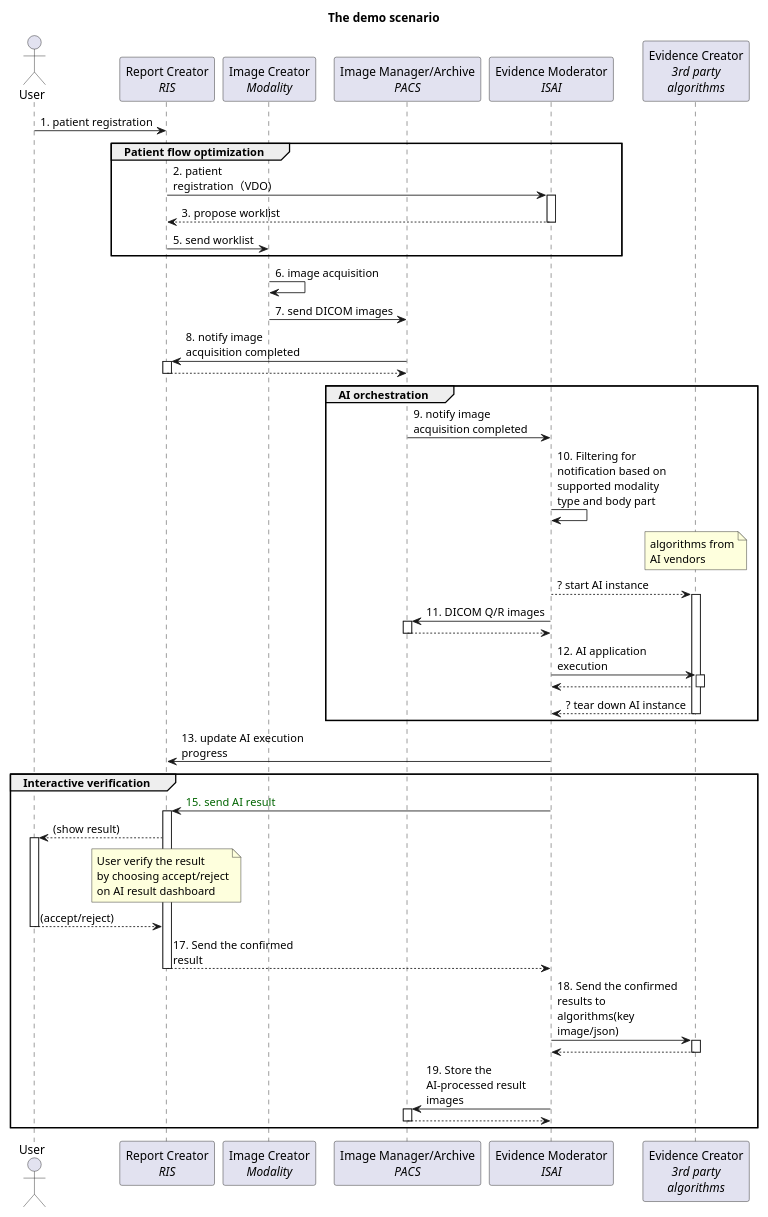
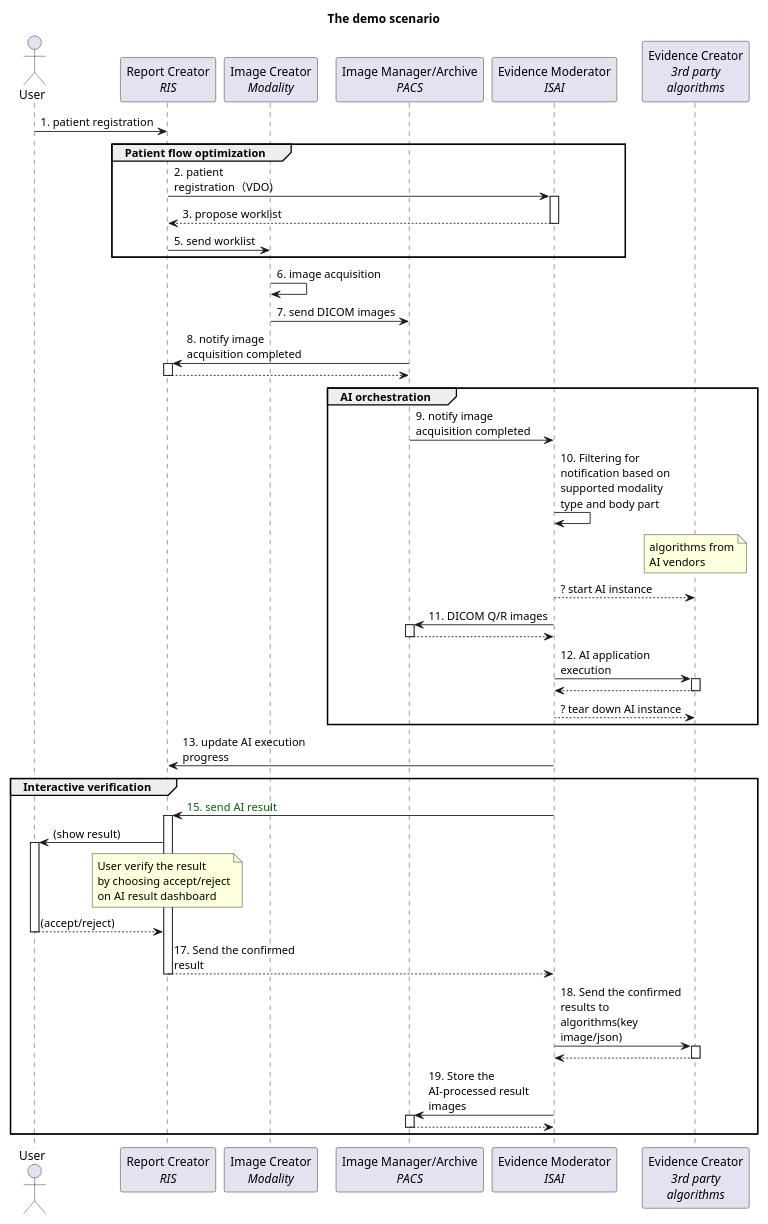
The diagram in input/images-source/uc4.plantuml (xmiao/AI.interoperability), drawn with PlantUML before and after one commit.

```diff
--- a/input/images-source/uc4.plantuml
+++ b/input/images-source/uc4.plantuml
@@ -1,71 +1,71 @@
 @startuml
 title "The demo scenario"
 skinparam maxMessageSize 150
 scale 800 width
 
 '/*
 '优先级和参与者有关。
 'Actors:
 '----------
 'Report Creator ?
 'Report Reader ?
 'Rendered Report Reader ?
 'Report Repository ?
 'Image Manager/Image Archive
 'Image Display
 'Image Display Invoker
 'Evidence Creator
 'Evidence Moderator ? <- ISAI
 '*/
 
 actor "User" as U
 participant "Report Creator\n//RIS//" as R
 participant "Image Creator\n//Modality//" as M
 participant "Image Manager/Archive\n//PACS//" as P
 participant "Evidence Moderator\n//ISAI//" as I
 participant "Evidence Creator\n//3rd party//\n//algorithms//" as S
 
 U -> R: 1. patient registration
 group Patient flow optimization
 R -> I++: 2. patient registration（VDO)
 return 3. propose worklist
 R -> M: 5. send worklist
 end
 
 M -> M: 6. image acquisition
 M -> P: 7. send DICOM images
 P -> R++: 8. notify image acquisition completed
 return
 group AI orchestration
 P -> I: 9. notify image acquisition completed
 
 I -> I: 10. Filtering for notification based on supported modality type and body part
 note over S
 algorithms from
 AI vendors
 end note
-I --> S++: ? start AI instance
+I --> S: ? start AI instance
 I -> P++: 11. DICOM Q/R images
 return
 I -> S++: 12. AI application execution
 return
 return ? tear down AI instance
 end
 I -> R: 13. update AI execution progress
 
 group Interactive verification
 I -> R++: <font color="darkgreen">15. send AI result
-R --> U++: (show result)
+R -> U++: (show result)
 note over R
 User verify the result
 by choosing accept/reject
 on AI result dashboard
 end note
 return (accept/reject)
 return 17. Send the confirmed result
 I -> S++: 18. Send the confirmed results to algorithms(key image/json)
 return
 I -> P++: 19. Store the AI-processed result images
 return
 end
 @enduml
```
